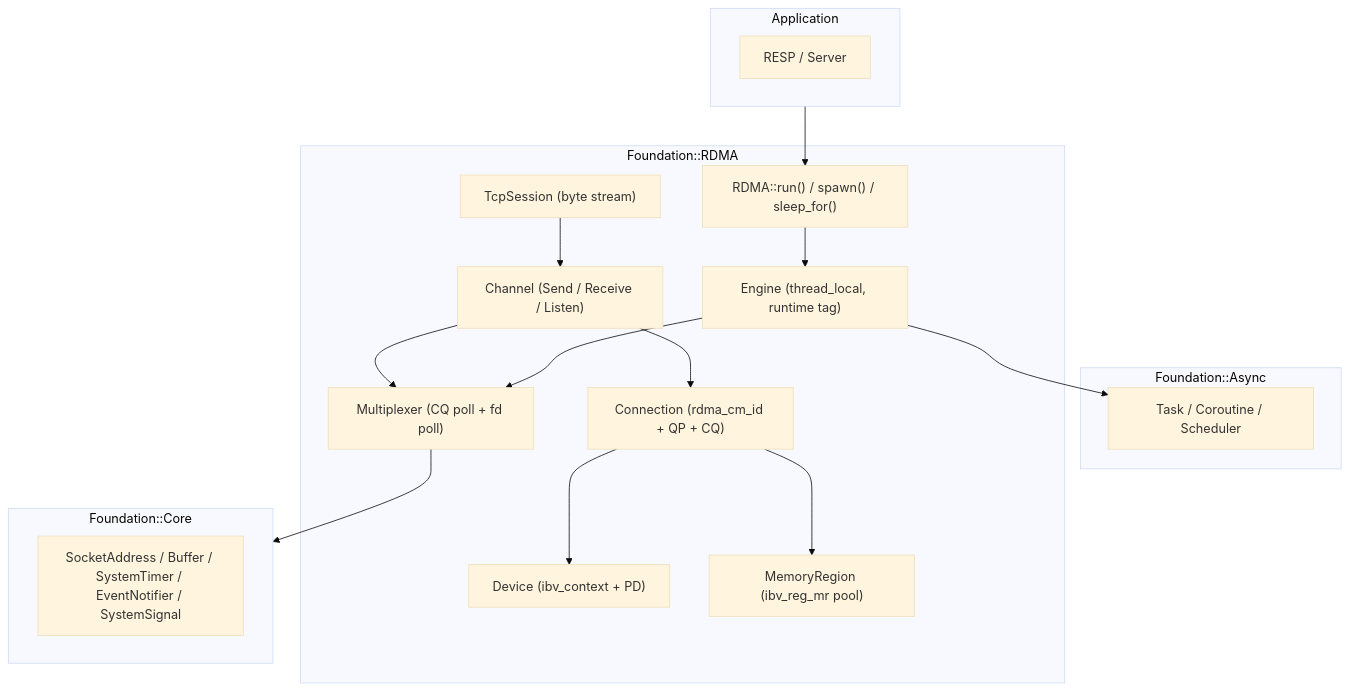
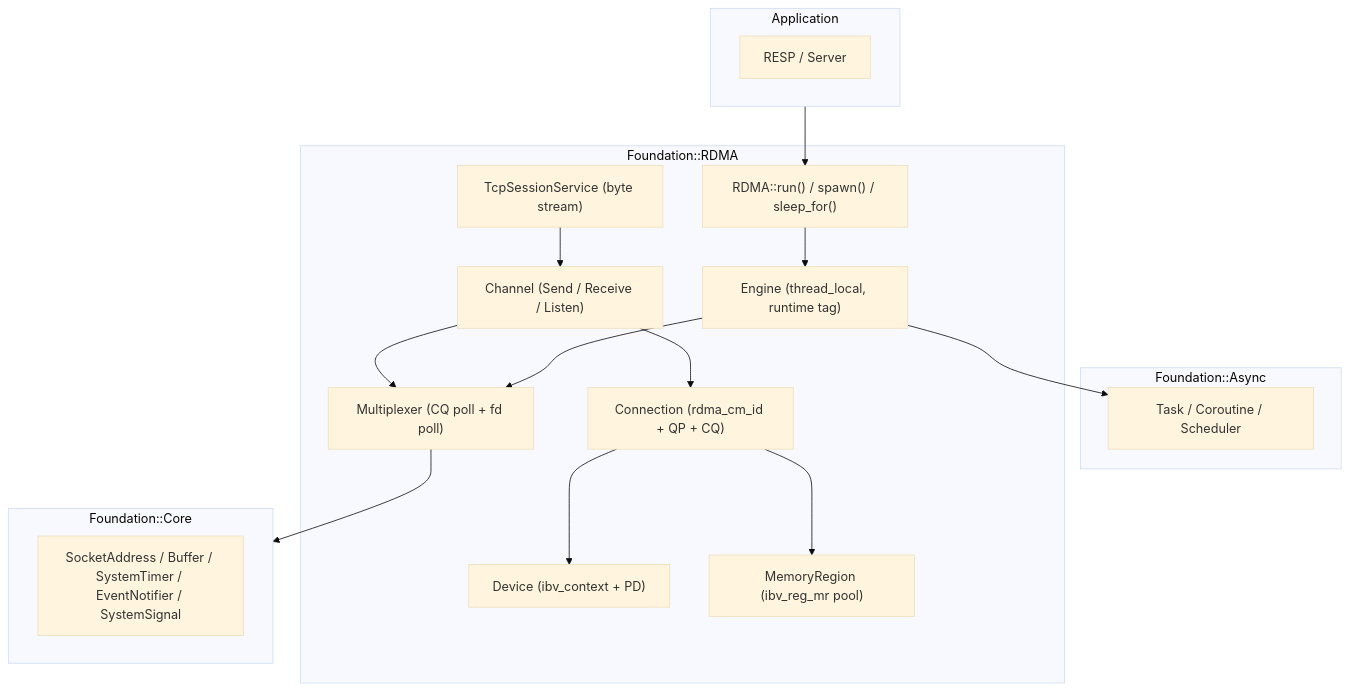
One commit to UserNameUnavailableIsUnavailable/KVStore changed the first of 4 diagrams in Documentation/RDMA.md. Above: the diagram before and after it, drawn with Mermaid (base theme). The commit also changed other lines of this file and 65 other files, not shown here.

````diff
--- a/Documentation/RDMA.md
+++ b/Documentation/RDMA.md
@@ -134,36 +134,36 @@
 ```mermaid
 flowchart TD
     subgraph App["Application"]
         RESP["RESP / Server"]
     end
 
     subgraph Sync["Foundation::Async"]
         T["Task / Coroutine / Scheduler"]
     end
 
     subgraph RDMA["Foundation::RDMA"]
         RUN["RDMA::run() / spawn() / sleep_for()"]
         ENG["Engine (thread_local, runtime tag)"]
         MUX["Multiplexer (CQ poll + fd poll)"]
         CH["Channel (Send / Receive / Listen)"]
         CONN["Connection (rdma_cm_id + QP + CQ)"]
         DEV["Device (ibv_context + PD)"]
         MEM["MemoryRegion (ibv_reg_mr pool)"]
-        SESS["TcpSession (byte stream)"]
+        SESS["TcpSessionService (byte stream)"]
     end
 
     subgraph Core["Foundation::Core"]
         ADDR["SocketAddress / Buffer / SystemTimer / EventNotifier / SystemSignal"]
     end
 
     App --> RUN
     RUN --> ENG
     SESS --> CH
     CH --> CONN
     CH --> MUX
     CONN --> DEV
     CONN --> MEM
     ENG --> MUX
     ENG --> T
     MUX --> Core
 ```
````
